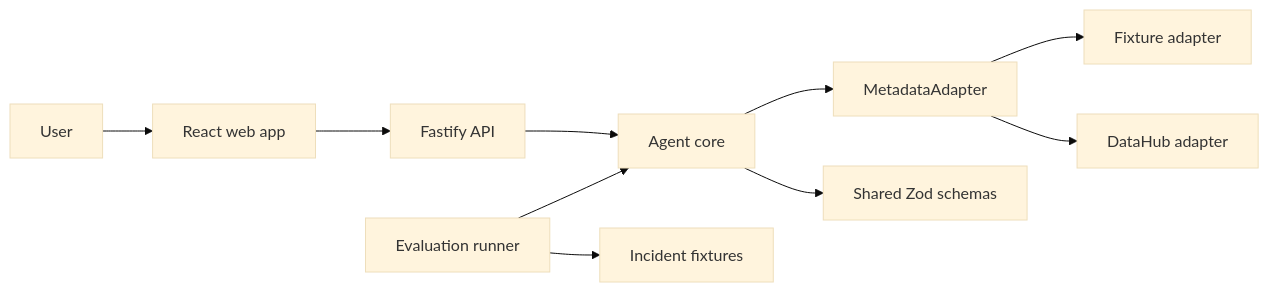
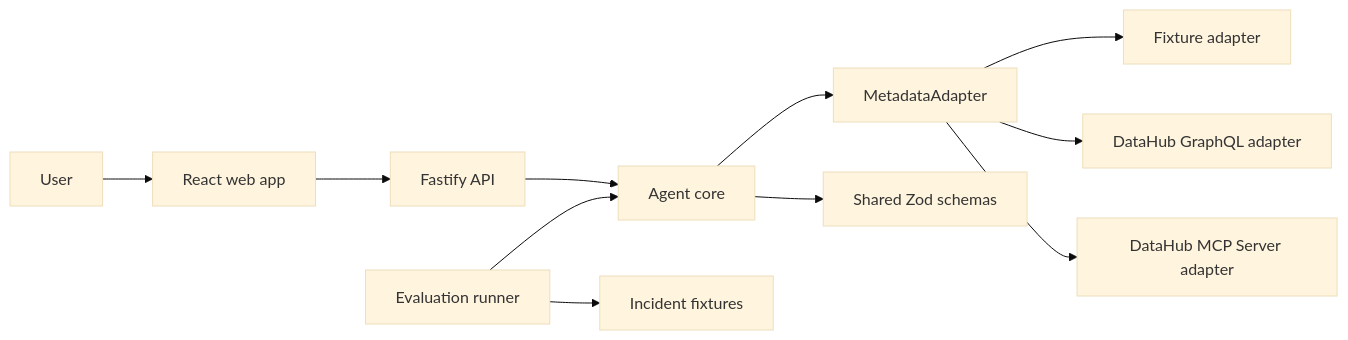
The diagram in docs/ARCHITECTURE.md (toannnnq1424/data-incident-investigator), drawn with Mermaid (base theme) before and after one commit. The commit also changed other lines of this file and 22 other files, not shown here.

Commit message:
feat(datahub): add bounded MCP server provider

````diff
--- a/docs/ARCHITECTURE.md
+++ b/docs/ARCHITECTURE.md
@@ -8,12 +8,13 @@
 ```mermaid
 flowchart LR
   U["User"] --> W["React web app"]
   W --> A["Fastify API"]
   A --> C["Agent core"]
   C --> M["MetadataAdapter"]
   M --> F["Fixture adapter"]
-  M --> D["DataHub adapter"]
+  M --> D["DataHub GraphQL adapter"]
+  M --> P["DataHub MCP Server adapter"]
   C --> S["Shared Zod schemas"]
   E["Evaluation runner"] --> C
   E --> X["Incident fixtures"]
 ```
````
